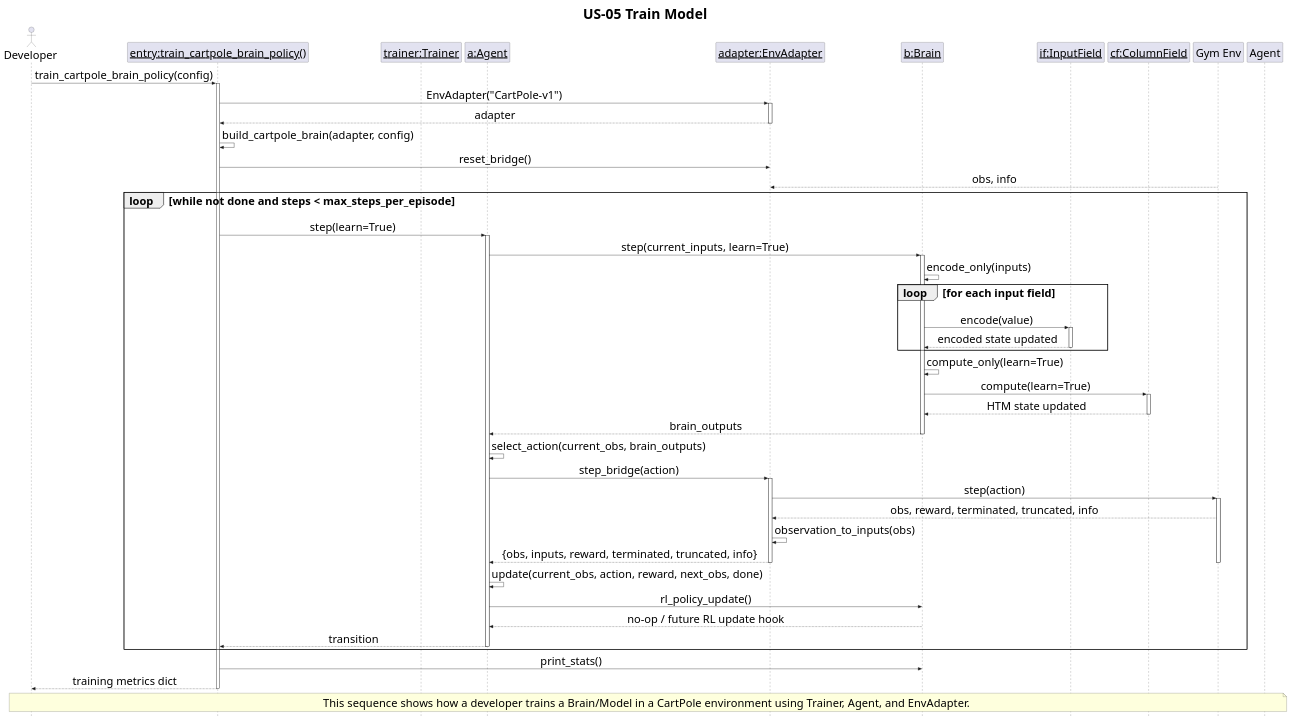
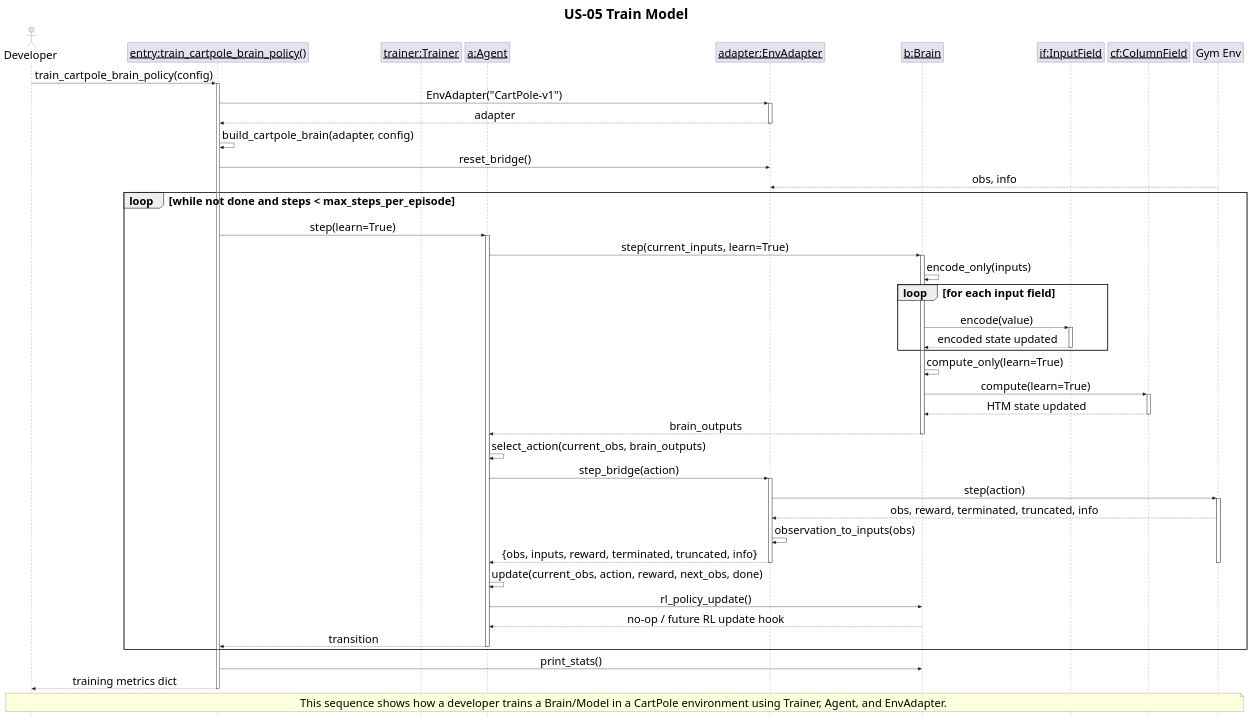
One commit to egrembocki/htmrl changed the diagram in docs/puml/US/us-05.puml. Above: the diagram before and after it, drawn with PlantUML.

Commit message:
updated US-05

```diff
--- a/docs/puml/US/us-05.puml
+++ b/docs/puml/US/us-05.puml
@@ -1,111 +1,111 @@
 @startuml
 scale 2000 width
 scale 2000 height
 skinparam style strictuml
 skinparam defaultFontSize 32
 skinparam TitleFontSize 40
 skinparam ObjectFontSize 30
 
 skinparam sequenceMessageAlign center
 skinparam responseMessageBelowArrow true
 
 title US-05 Train Model
 
 actor Developer as Dev
 participant "<u>entry:train_cartpole_brain_policy()</u>" as Entry
 participant "<u>trainer:Trainer</u>" as TR
 participant "<u>a:Agent</u>" as AG
 participant "<u>adapter:EnvAdapter</u>" as EA
 participant "<u>b:Brain</u>" as BR
 participant "<u>if:InputField</u>" as IF
 participant "<u>cf:ColumnField</u>" as CF
 participant "Gym Env" as ENV
 
 actor Developer as Dev
 participant "<u>entry:train_cartpole_brain_policy()</u>" as Entry
 participant "<u>trainer:Trainer</u>" as TR
 participant "<u>a:Agent</u>" as AG
 participant "<u>adapter:EnvAdapter</u>" as EA
 participant "<u>b:Brain</u>" as BR
 participant "<u>if:InputField</u>" as IF
 participant "<u>cf:ColumnField</u>" as CF
 participant "Gym Env" as ENV
 
 
 Dev -> Entry: train_cartpole_brain_policy(config)
 activate Entry
 Entry -> EA: EnvAdapter("CartPole-v1")
 activate EA
 EA --> Entry: adapter
 deactivate EA
 
 Entry -> Entry: build_cartpole_brain(adapter, config)
 Entry -> EA: reset_bridge()
 
 actor Developer as Dev
   ENV --> EA: obs, info
 
   deactivate ENV
 actor Developer as Dev
 participant "<u>entry:train_cartpole_brain_policy()</u>" as Entry
 participant "<u>trainer:Trainer</u>" as TR
 participant "<u>a:Agent</u>" as AG
 participant "<u>adapter:EnvAdapter</u>" as EA
 participant "<u>b:Brain</u>" as BR
 participant "<u>if:InputField</u>" as IF
 participant "<u>cf:ColumnField</u>" as CF
 participant "Gym Env" as ENV
   deactivate EA
 
   loop while not done and steps < max_steps_per_episode
     Entry -> AG: step(learn=True)
     activate AG
     AG -> BR: step(current_inputs, learn=True)
     activate BR
     BR -> BR: encode_only(inputs)
     loop for each input field
       BR -> IF: encode(value)
       activate IF
       IF --> BR: encoded state updated
       deactivate IF
     end
     BR -> BR: compute_only(learn=True)
     BR -> CF: compute(learn=True)
     activate CF
     CF --> BR: HTM state updated
     deactivate CF
     BR --> AG: brain_outputs
     deactivate BR
 
     AG -> AG: select_action(current_obs, brain_outputs)
     AG -> EA: step_bridge(action)
     activate EA
     EA -> ENV: step(action)
     activate ENV
     ENV --> EA: obs, reward, terminated, truncated, info
     EA -> EA: observation_to_inputs(obs)
     EA --> AG: {obs, inputs, reward, terminated, truncated, info}
     deactivate ENV
     deactivate EA
 
     AG -> AG: update(current_obs, action, reward, next_obs, done)
     AG -> BR: rl_policy_update()
     BR --> AG: no-op / future RL update hook
     AG --> Entry: transition
     deactivate AG
   end
 
   Entry -> BR: print_stats()
 
 
 Entry --> Dev: training metrics dict
 deactivate AG
 deactivate Entry
 
 
 
-note over Dev, Agent
+note over Dev, ENV
 This sequence shows how a developer trains a Brain/Model in a CartPole environment using Trainer, Agent, and EnvAdapter.
 end note
 
 @enduml
```
